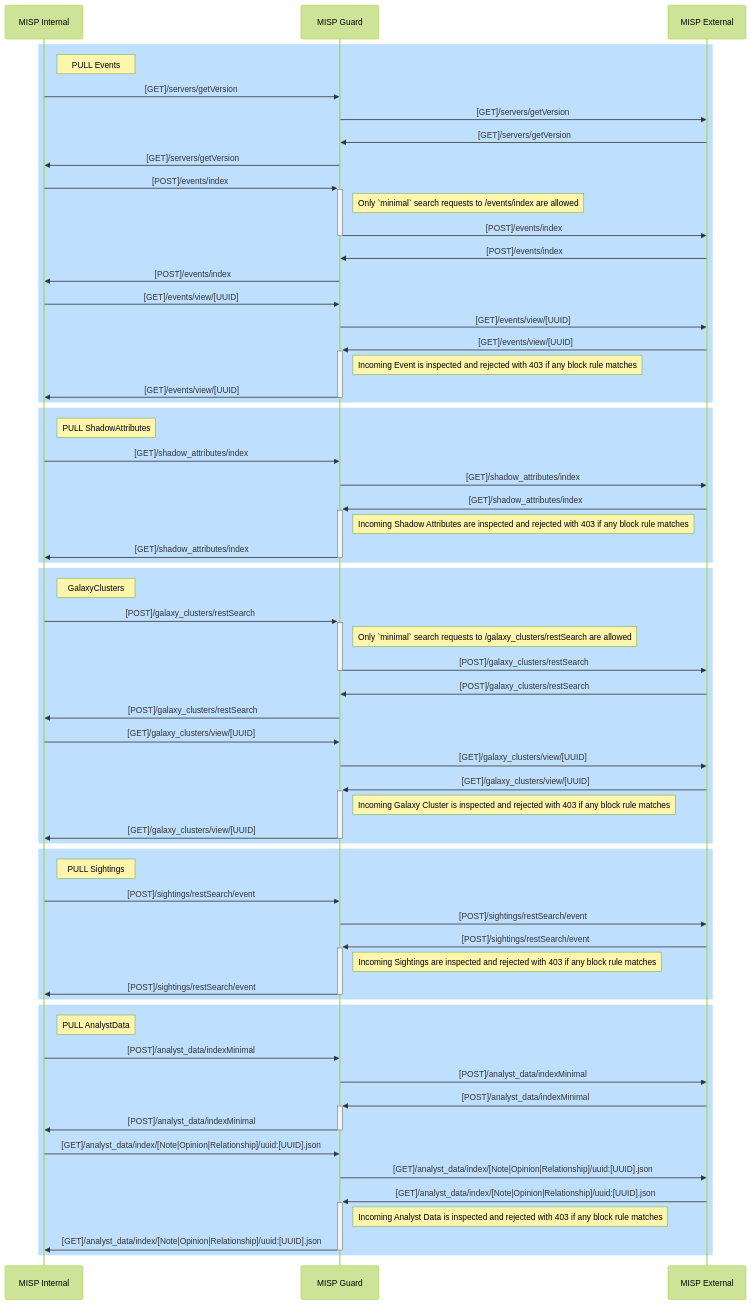
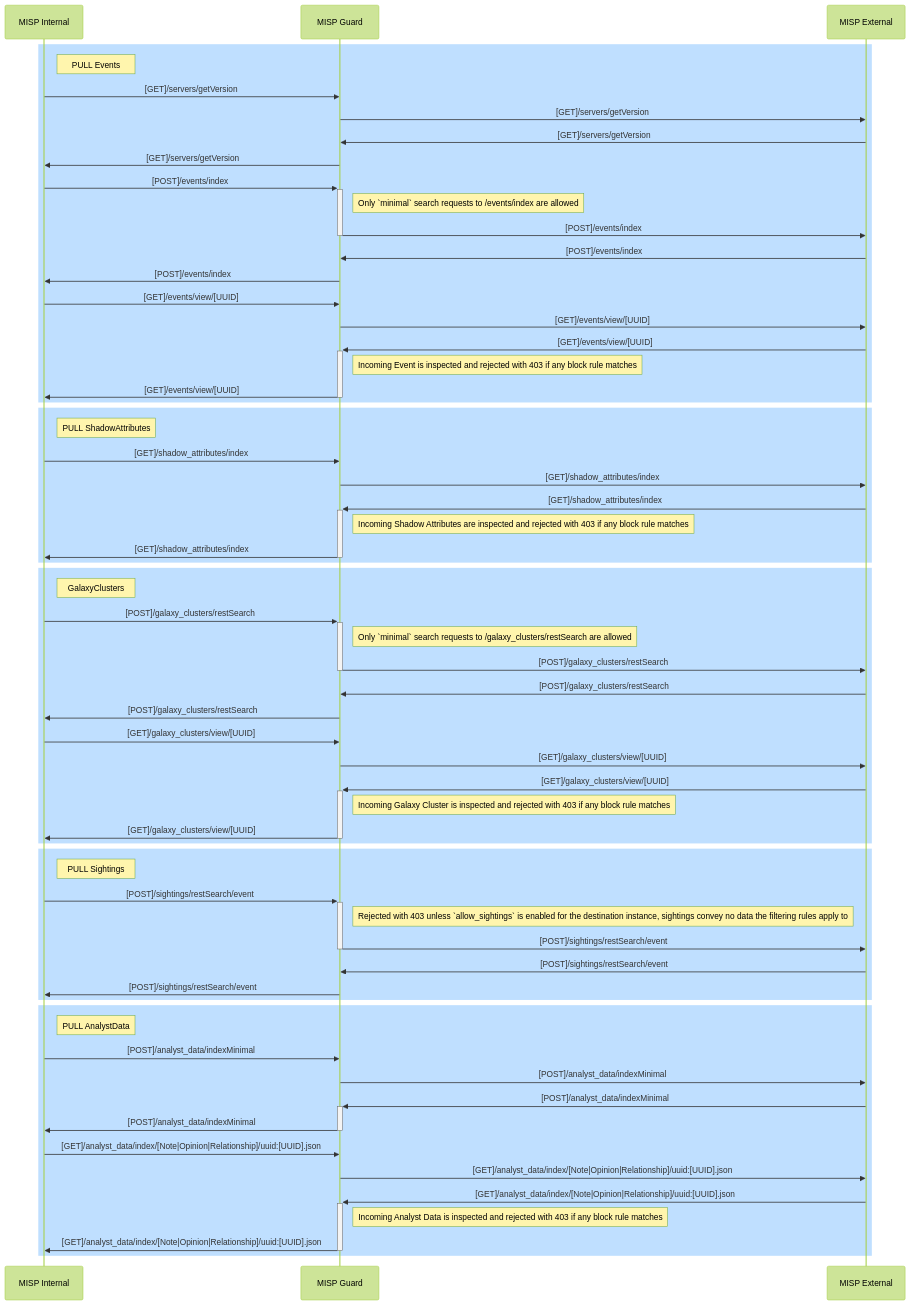
One commit to MISP/misp-guard changed the third of 5 diagrams in docs/Common Criteria EAL 2 Evaluation.md. Above: the diagram before and after it, drawn with Mermaid (forest theme). The commit also changed other lines of this file and 6 other files, not shown here.

First line of the commit message:
chg: [breaking] sightings synchronization requires the allow_sightings setting

````diff
--- a/docs/Common Criteria EAL 2 Evaluation.md
+++ b/docs/Common Criteria EAL 2 Evaluation.md
@@ -973,74 +980,74 @@
 ```mermaid
 sequenceDiagram
     participant MISP Internal
     participant MISP Guard
     participant MISP External
 
     rect rgb(191, 223, 255)
     note right of MISP Internal: PULL Events 
     MISP Internal->>MISP Guard: [GET]/servers/getVersion
     MISP Guard->>MISP External: [GET]/servers/getVersion
     MISP External->>MISP Guard: [GET]/servers/getVersion
     MISP Guard->>MISP Internal: [GET]/servers/getVersion
 
     MISP Internal->>+MISP Guard: [POST]/events/index
     note right of MISP Guard: Only `minimal` search requests to /events/index are allowed
     MISP Guard->>-MISP External: [POST]/events/index
     MISP External->>MISP Guard: [POST]/events/index
     MISP Guard->>MISP Internal: [POST]/events/index
 
     MISP Internal->>MISP Guard: [GET]/events/view/[UUID]
     MISP Guard->>MISP External: [GET]/events/view/[UUID]
     MISP External->>+MISP Guard: [GET]/events/view/[UUID]
     note right of MISP Guard: Incoming Event is inspected and rejected with 403 if any block rule matches
     MISP Guard->>-MISP Internal: [GET]/events/view/[UUID]
     end
 
     rect rgb(191, 223, 255)
     note right of MISP Internal: PULL ShadowAttributes 
     MISP Internal->>MISP Guard: [GET]/shadow_attributes/index
     MISP Guard->>MISP External: [GET]/shadow_attributes/index
     MISP External->>+MISP Guard: [GET]/shadow_attributes/index
     note right of MISP Guard: Incoming Shadow Attributes are inspected and rejected with 403 if any block rule matches
     MISP Guard->>-MISP Internal: [GET]/shadow_attributes/index
     end
 
     rect rgb(191, 223, 255)
     note right of MISP Internal: GalaxyClusters 
     MISP Internal->>+MISP Guard: [POST]/galaxy_clusters/restSearch
     note right of MISP Guard: Only `minimal` search requests to /galaxy_clusters/restSearch are allowed
     MISP Guard->>-MISP External: [POST]/galaxy_clusters/restSearch
     MISP External->>MISP Guard: [POST]/galaxy_clusters/restSearch
     MISP Guard->>MISP Internal: [POST]/galaxy_clusters/restSearch
 
     MISP Internal->>MISP Guard: [GET]/galaxy_clusters/view/[UUID]
     MISP Guard->>MISP External: [GET]/galaxy_clusters/view/[UUID]
     MISP External->>+MISP Guard: [GET]/galaxy_clusters/view/[UUID]
     note right of MISP Guard: Incoming Galaxy Cluster is inspected and rejected with 403 if any block rule matches
     MISP Guard->>-MISP Internal: [GET]/galaxy_clusters/view/[UUID]
     end
 
     rect rgb(191, 223, 255)
     note right of MISP Internal: PULL Sightings 
-    MISP Internal->>MISP Guard: [POST]/sightings/restSearch/event
-    MISP Guard->>MISP External: [POST]/sightings/restSearch/event
-    MISP External->>+MISP Guard: [POST]/sightings/restSearch/event
-    note right of MISP Guard: Incoming Sightings are inspected and rejected with 403 if any block rule matches
-    MISP Guard->>-MISP Internal: [POST]/sightings/restSearch/event
+    MISP Internal->>+MISP Guard: [POST]/sightings/restSearch/event
+    note right of MISP Guard: Rejected with 403 unless `allow_sightings` is enabled for the destination instance, sightings convey no data the filtering rules apply to
+    MISP Guard->>-MISP External: [POST]/sightings/restSearch/event
+    MISP External->>MISP Guard: [POST]/sightings/restSearch/event
+    MISP Guard->>MISP Internal: [POST]/sightings/restSearch/event
     end
     
     rect rgb(191, 223, 255)
     note right of MISP Internal: PULL AnalystData 
     MISP Internal->>MISP Guard: [POST]/analyst_data/indexMinimal
     MISP Guard->>MISP External: [POST]/analyst_data/indexMinimal
     MISP External->>+MISP Guard: [POST]/analyst_data/indexMinimal
     MISP Guard->>-MISP Internal: [POST]/analyst_data/indexMinimal
 
     MISP Internal->>MISP Guard: [GET]/analyst_data/index/[Note|Opinion|Relationship]/uuid:[UUID].json
     MISP Guard->>MISP External: [GET]/analyst_data/index/[Note|Opinion|Relationship]/uuid:[UUID].json
     MISP External->>+MISP Guard: [GET]/analyst_data/index/[Note|Opinion|Relationship]/uuid:[UUID].json
     note right of MISP Guard: Incoming Analyst Data is inspected and rejected with 403 if any block rule matches
     MISP Guard->>-MISP Internal: [GET]/analyst_data/index/[Note|Opinion|Relationship]/uuid:[UUID].json
     end
 
 ```
````
